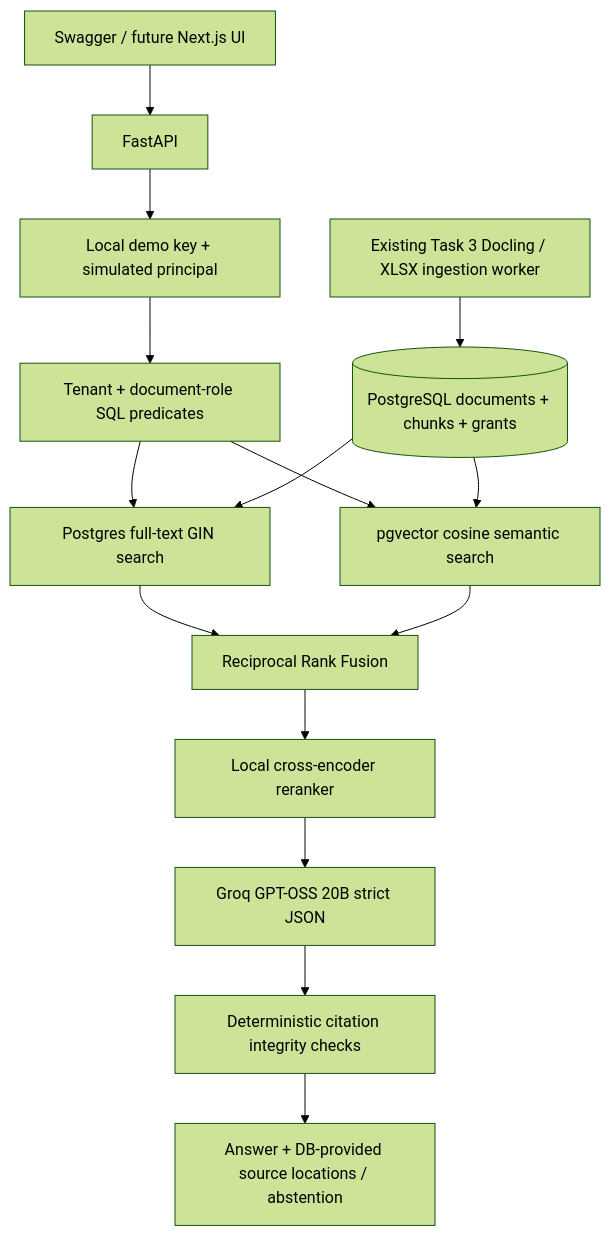
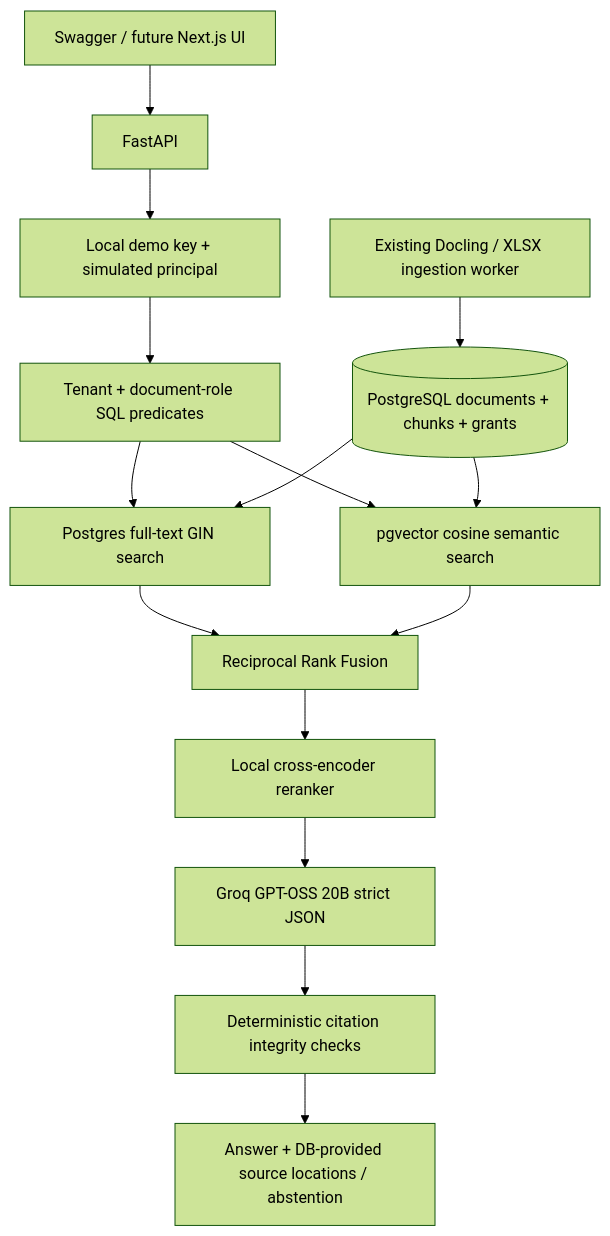
The diagram in docs/ARCHITECTURE_TASK4.md (Thathsarani-Sandarekha/Enterprise-Knowledge-Intelligence), drawn with Mermaid (forest theme) before and after one commit. The commit also changed other lines of this file and 30 other files, not shown here.

````diff
--- a/docs/ARCHITECTURE_TASK4.md
+++ b/docs/ARCHITECTURE_TASK4.md
@@ -3,17 +3,17 @@
 ```mermaid
 flowchart TD
     UI[Swagger / future Next.js UI] --> API[FastAPI]
     API --> DEV[Local demo key + simulated principal]
     DEV --> ACL[Tenant + document-role SQL predicates]
     ACL --> K[Postgres full-text GIN search]
     ACL --> V[pgvector cosine semantic search]
     K --> R[Reciprocal Rank Fusion]
     V --> R
     R --> CE[Local cross-encoder reranker]
     CE --> G[Groq GPT-OSS 20B strict JSON]
     G --> C[Deterministic citation integrity checks]
     C --> O[Answer + DB-provided source locations / abstention]
-    INGEST[Existing Task 3 Docling / XLSX ingestion worker] --> DB[(PostgreSQL documents + chunks + grants)]
+    INGEST[Existing Docling / XLSX ingestion worker] --> DB[(PostgreSQL documents + chunks + grants)]
     DB --> K
     DB --> V
 ```
````
